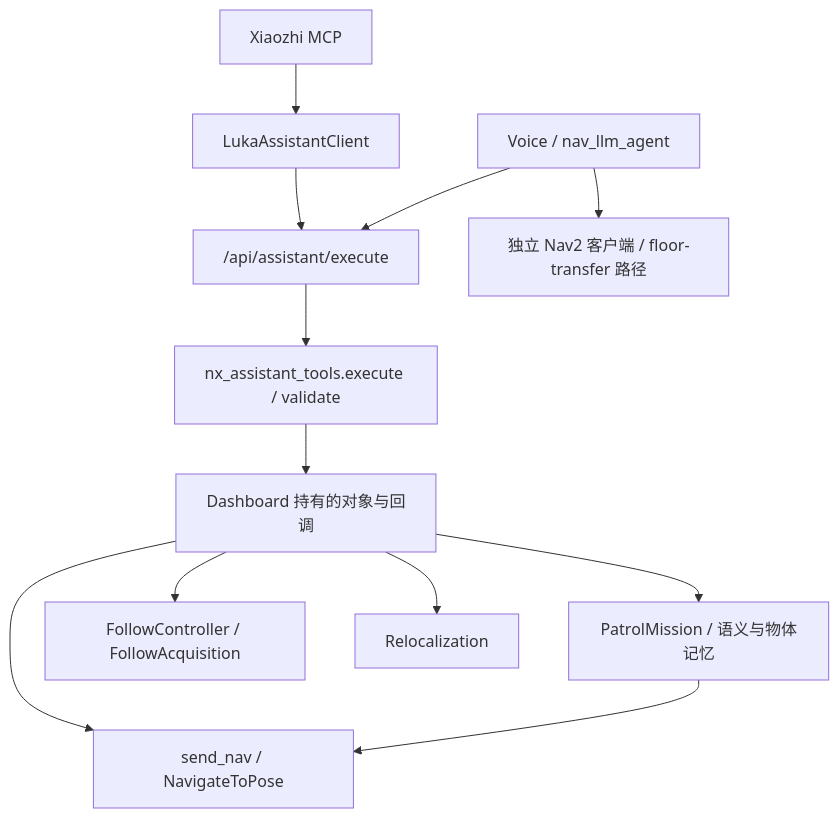
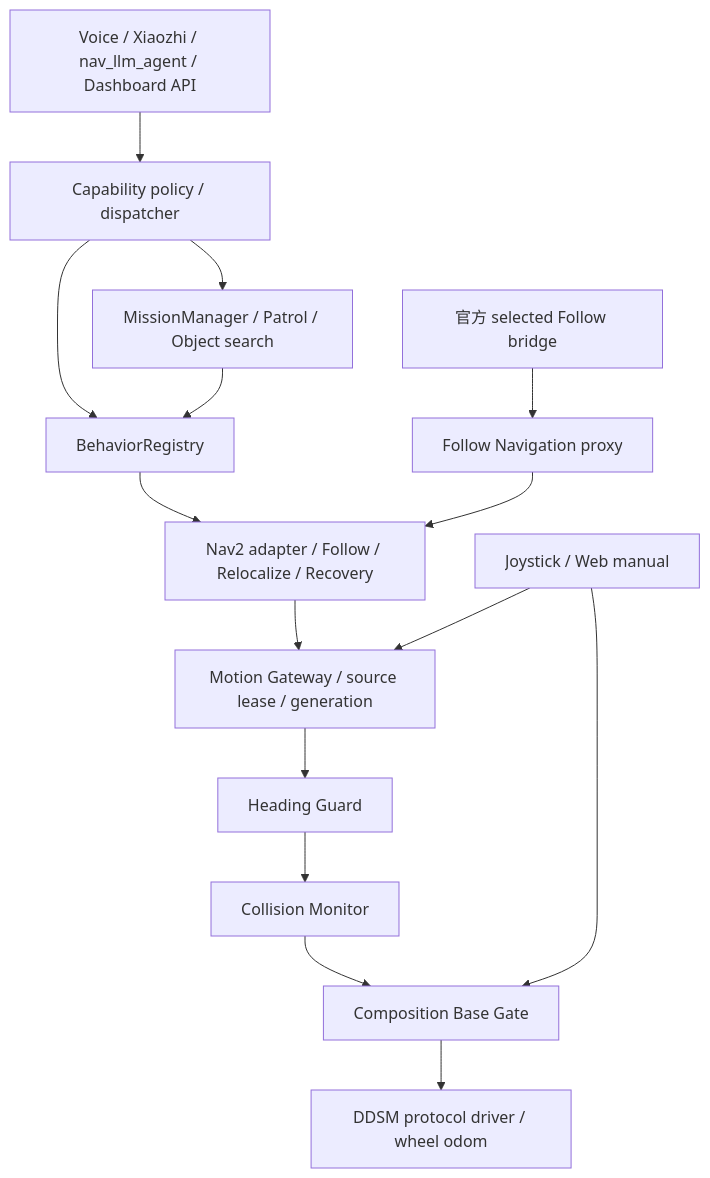
Before and after one commit to TerryHank/luka_robot: the diagram in docs/architecture/CURRENT_RUNTIME_ARCHITECTURE.md, drawn with Mermaid. The commit also changed other lines of this file and 6 other files, not shown here.

Commit message:
docs: record full architecture build and bounded robot acceptance

````diff
--- a/docs/architecture/CURRENT_RUNTIME_ARCHITECTURE.md
+++ b/docs/architecture/CURRENT_RUNTIME_ARCHITECTURE.md
@@ -9,14 +5,17 @@
 ```mermaid
 flowchart TD
-    X[Xiaozhi MCP] --> C[LukaAssistantClient]
-    C --> API["/api/assistant/execute"]
-    V[Voice / nav_llm_agent] --> API
-    API --> A[nx_assistant_tools.execute / validate]
-    A --> D[Dashboard 持有的对象与回调]
-    D --> N[send_nav / NavigateToPose]
-    D --> P[PatrolMission / 语义与物体记忆]
-    D --> F[FollowController / FollowAcquisition]
-    D --> R[Relocalization]
+    I[Voice / Xiaozhi / nav_llm_agent / Dashboard API] --> C[Capability policy / dispatcher]
+    C --> M[MissionManager / Patrol / Object search]
+    C --> B[BehaviorRegistry]
+    M --> B
+    B --> N[Nav2 adapter / Follow / Relocalize / Recovery]
+    O[官方 selected Follow bridge] --> P[Follow Navigation proxy]
     P --> N
-    V --> OLD[独立 Nav2 客户端 / floor-transfer 路径]
+    N --> G[Motion Gateway / source lease / generation]
+    G --> H[Heading Guard]
+    H --> S[Collision Monitor]
+    S --> V[Composition Base Gate]
+    MAN[Joystick / Web manual] --> V
+    MAN --> G
+    V --> D[DDSM protocol driver / wheel odom]
 ```
````
